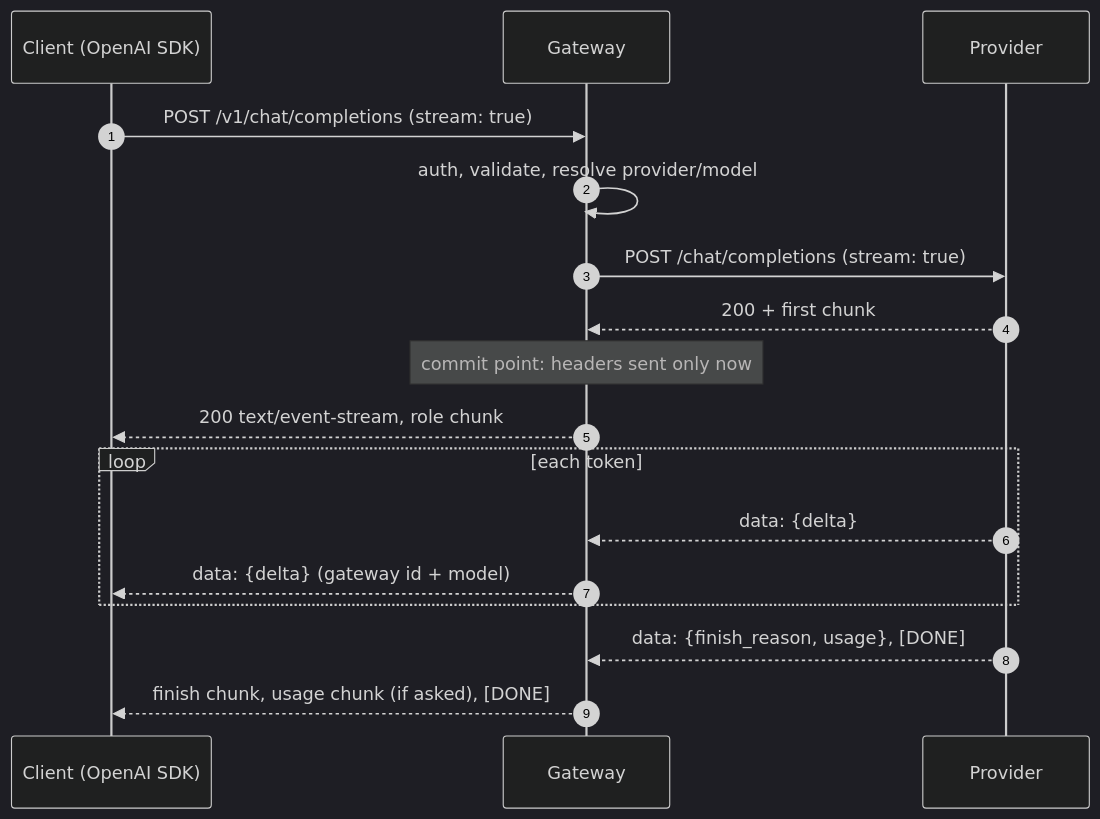
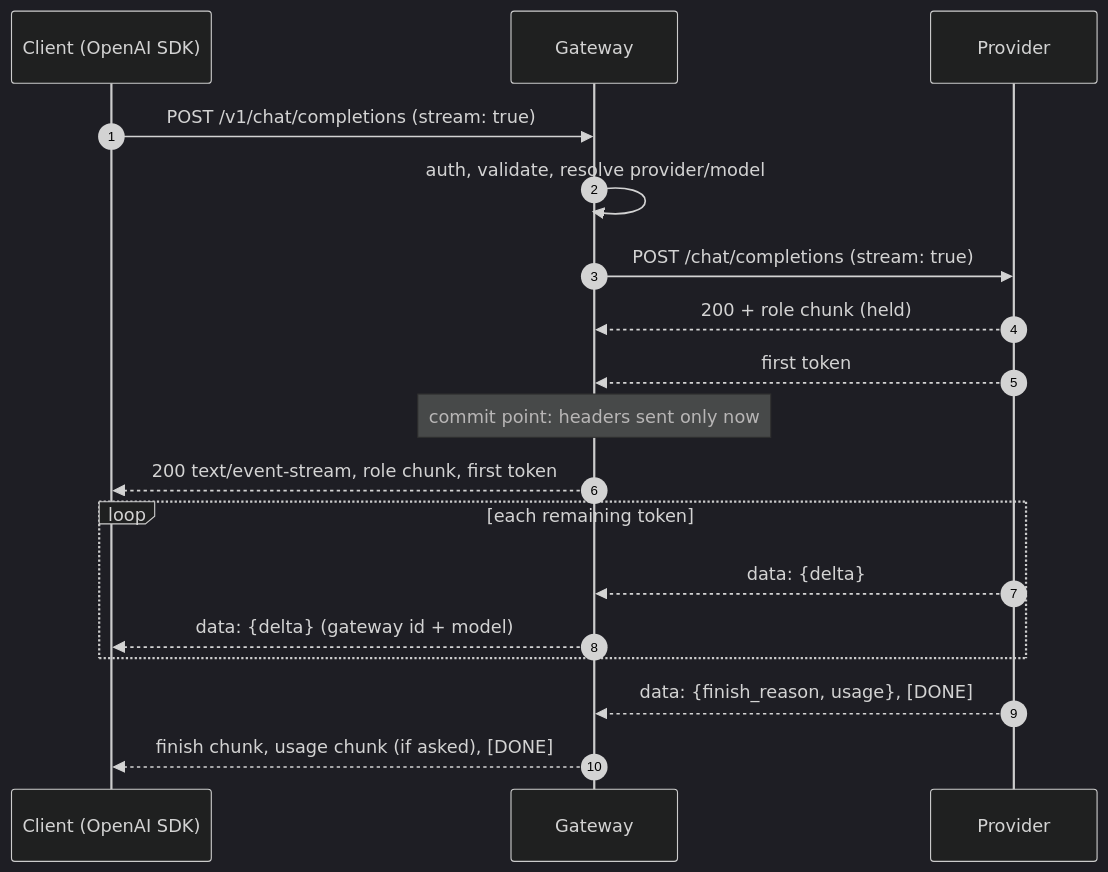
One commit to youneedgreg/switchboard changed the diagram in docs/design/gateway.md. Above: the diagram before and after it, drawn with Mermaid (dark theme). The commit also changed other lines of this file and 1 other file, not shown here.

````diff
--- a/docs/design/gateway.md
+++ b/docs/design/gateway.md
@@ -98,19 +102,20 @@
 ```mermaid
 sequenceDiagram
     autonumber
     participant C as Client (OpenAI SDK)
     participant G as Gateway
     participant P as Provider
     C->>G: POST /v1/chat/completions (stream: true)
     G->>G: auth, validate, resolve provider/model
     G->>P: POST /chat/completions (stream: true)
-    P-->>G: 200 + first chunk
+    P-->>G: 200 + role chunk (held)
+    P-->>G: first token
     Note over G: commit point: headers sent only now
-    G-->>C: 200 text/event-stream, role chunk
-    loop each token
+    G-->>C: 200 text/event-stream, role chunk, first token
+    loop each remaining token
         P-->>G: data: {delta}
         G-->>C: data: {delta} (gateway id + model)
     end
     P-->>G: data: {finish_reason, usage}, [DONE]
     G-->>C: finish chunk, usage chunk (if asked), [DONE]
 ```
````
